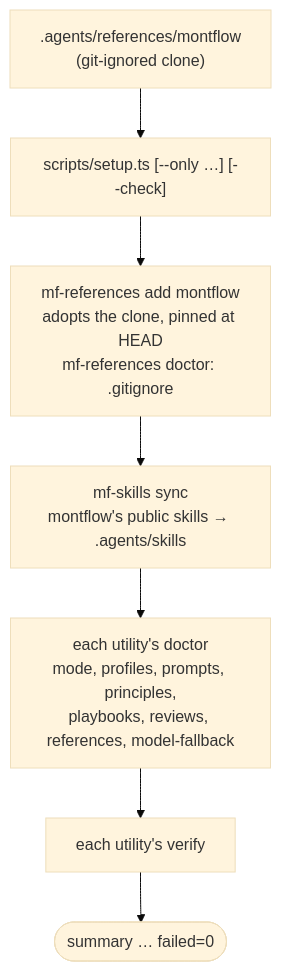
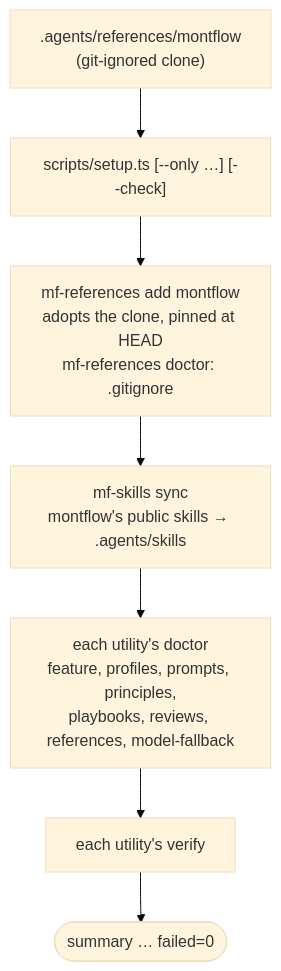
Before and after one commit to montflow/montflow: the diagram in README.md, drawn with Mermaid (base theme). The commit also changed other lines of this file and 1011 other files, not shown here.

First line of the commit message:
refactor!: name CLI package folders mf-* and rename mf-mode to mf-feature

````diff
--- a/README.md
+++ b/README.md
@@ -65,9 +65,9 @@
 ```mermaid
 flowchart TD
     clone[".agents/references/montflow<br/>(git-ignored clone)"] --> setup["scripts/setup.ts [--only …] [--check]"]
     setup --> reg["mf-references add montflow<br/>adopts the clone, pinned at HEAD<br/>mf-references doctor: .gitignore"]
     reg --> sync["mf-skills sync<br/>montflow's public skills → .agents/skills"]
-    sync --> doctors["each utility's doctor<br/>mode, profiles, prompts, principles,<br/>playbooks, reviews, references, model-fallback"]
+    sync --> doctors["each utility's doctor<br/>feature, profiles, prompts, principles,<br/>playbooks, reviews, references, model-fallback"]
     doctors --> verify["each utility's verify"]
     verify --> summary(["summary … failed=0"])
 ```
````
